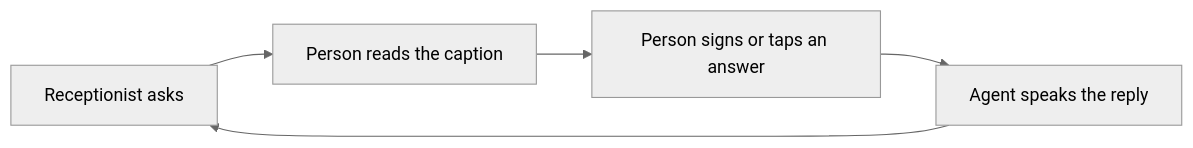
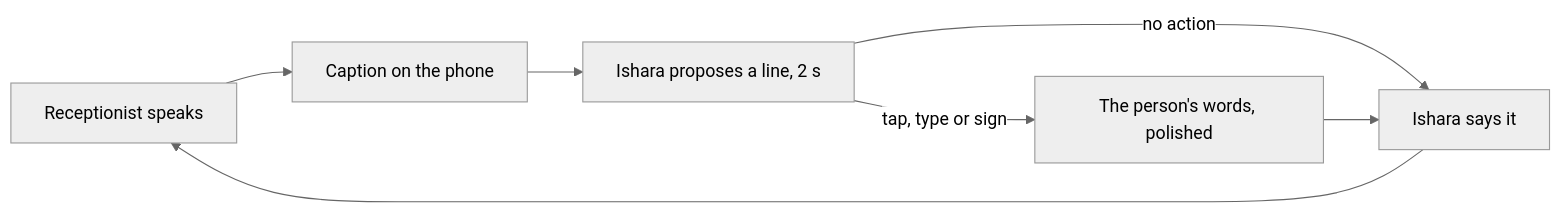
The diagram in docs/demo/SUBMISSION.md (BishalJena/ishara), drawn with Mermaid (neutral theme) before and after one commit. The commit also changed other lines of this file and 297 other files, not shown here.

First line of the commit message:
README and docs: the steer call, an animated architecture, the deploy handoff (#110)

````diff
--- a/docs/demo/SUBMISSION.md
+++ b/docs/demo/SUBMISSION.md
@@ -34,7 +34,9 @@
 ```mermaid
 flowchart LR
-    R["Receptionist asks"] --> C["Person reads the caption"]
-    C --> I["Person signs or taps an answer"]
-    I --> A["Agent speaks the reply"]
-    A --> R
+    R["Receptionist speaks"] --> C["Caption on the phone"]
+    C --> P["Ishara proposes a line, 2 s"]
+    P -->|"no action"| S["Ishara says it"]
+    P -->|"tap, type or sign"| Y["The person's words, polished"]
+    Y --> S
+    S --> R
 ```
````
